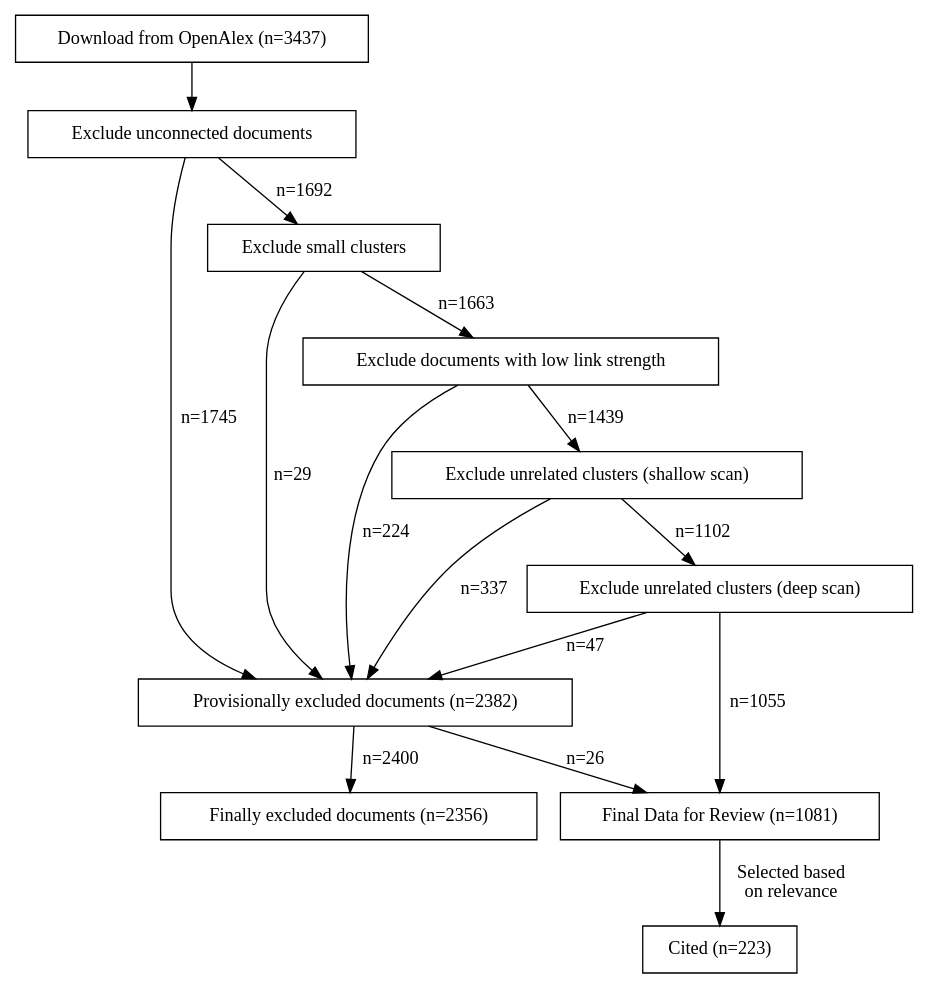
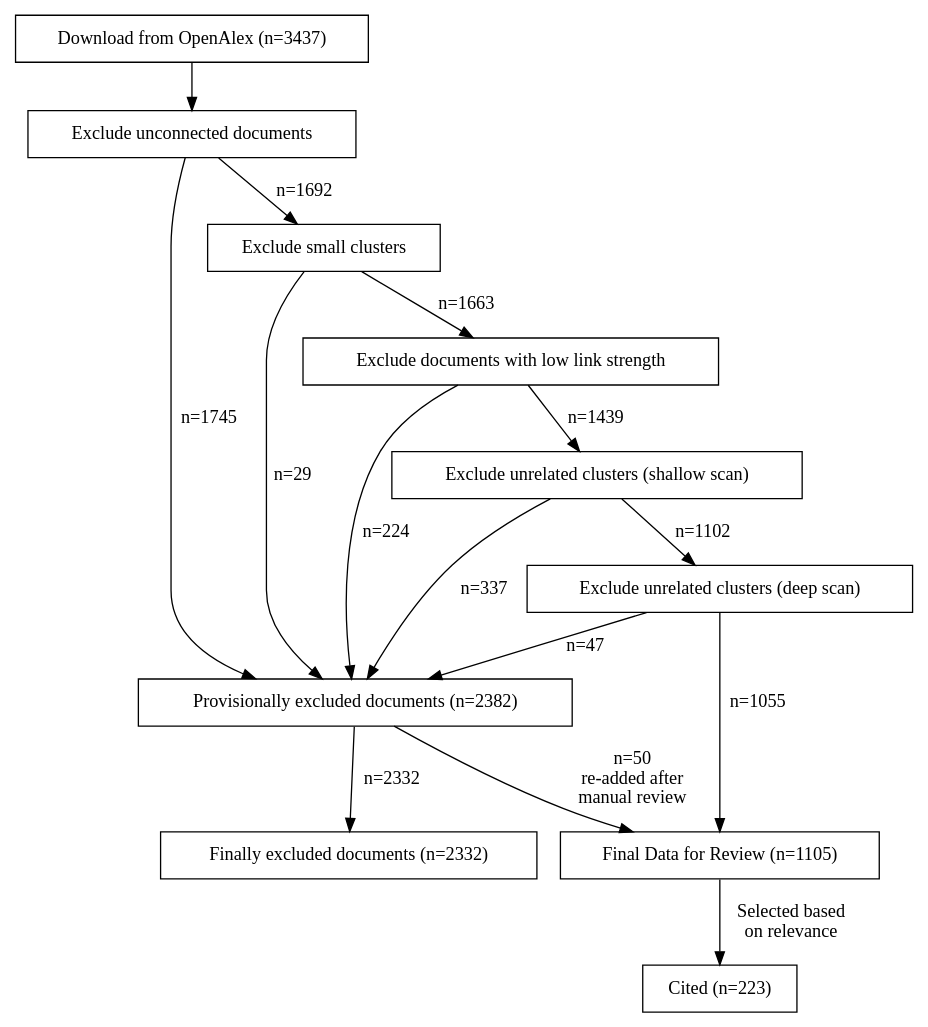
The diagram in docs/flowchart.dot (florianjehn/bibliometrics), drawn with Graphviz before and after one commit. The commit also changed 2 other files, not shown here.

```diff
--- a/docs/flowchart.dot
+++ b/docs/flowchart.dot
@@ -1,32 +1,31 @@
 digraph G {
     node [shape=box];
 
     load_data [label="Download from OpenAlex (n=3437)"];
     filter_unconnected_documents [label="Exclude unconnected documents"];
     filter_clusters [label="Exclude small clusters"];
     filter_low_links [label="Exclude documents with low link strength"];
     filter_unrelated_clusters [label="Exclude unrelated clusters (shallow scan)"];
     filter_unrelated_clusters_deep [label="Exclude unrelated clusters (deep scan)"];
     excluded_documents [label="Provisionally excluded documents (n=2382)"];
-    final_excluded_documents [label="Finally excluded documents (n=2356)"];
-    final_data [label="Final Data for Review (n=1081)"];
+    final_excluded_documents [label="Finally excluded documents (n=2332)"];
+    final_data [label="Final Data for Review (n=1105)"];
     in_paper [label="Cited (n=223)"];
 
 
     load_data -> filter_unconnected_documents;
     filter_unconnected_documents -> filter_clusters [label="n=1692"];
     filter_unconnected_documents -> excluded_documents [label="n=1745"];
     filter_clusters -> filter_low_links [label="n=1663"];
     filter_low_links -> excluded_documents [label="n=224"];
     filter_low_links -> filter_unrelated_clusters [label="n=1439"];
     filter_unrelated_clusters -> excluded_documents [label="n=337"];
     filter_unrelated_clusters -> filter_unrelated_clusters_deep [label="n=1102"];
     filter_unrelated_clusters_deep -> excluded_documents [label="n=47"];
     filter_unrelated_clusters_deep -> final_data [label="n=1055"];
     filter_clusters -> excluded_documents [label="n=29"];
-    excluded_documents -> final_excluded_documents [label="n=2400"];
-    excluded_documents -> final_data [label="n=26"];
+    excluded_documents -> final_excluded_documents [label="n=2332"];
+    excluded_documents -> final_data [label="n=50\nre-added after\nmanual review"];
     final_data -> in_paper [label="Selected based\non relevance"];
-
     
 }
```
